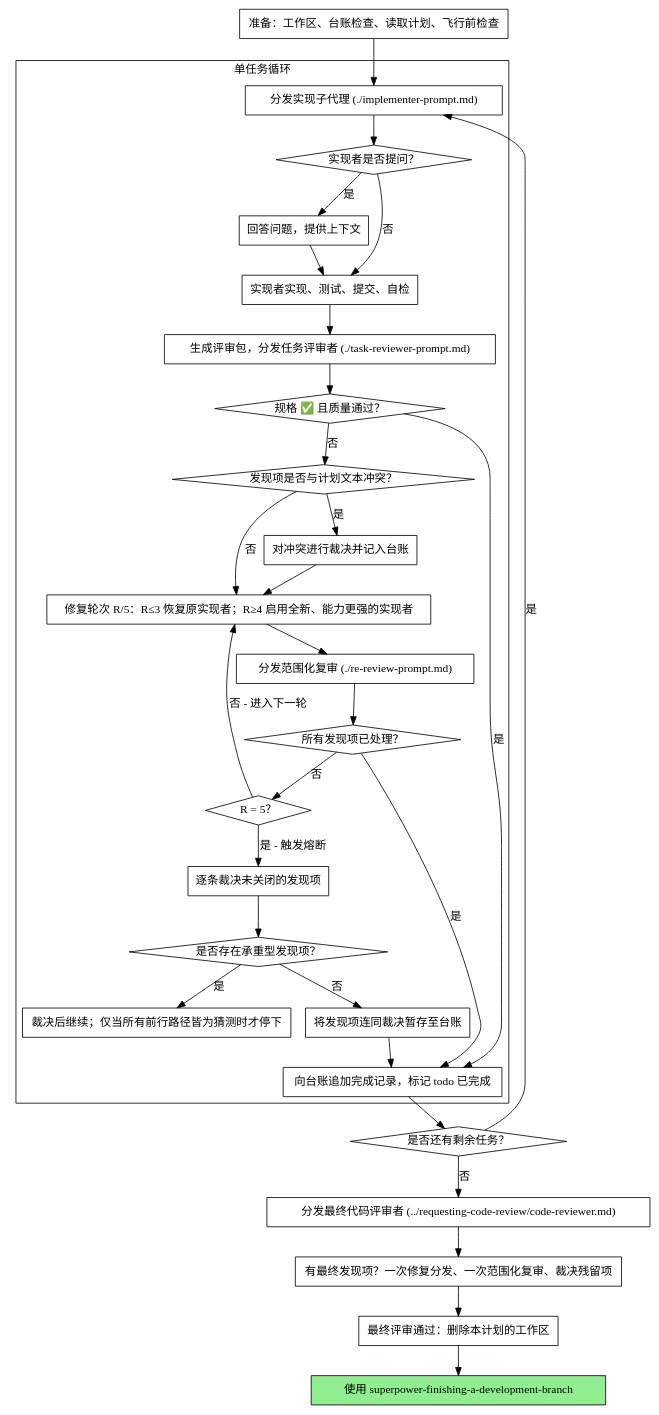
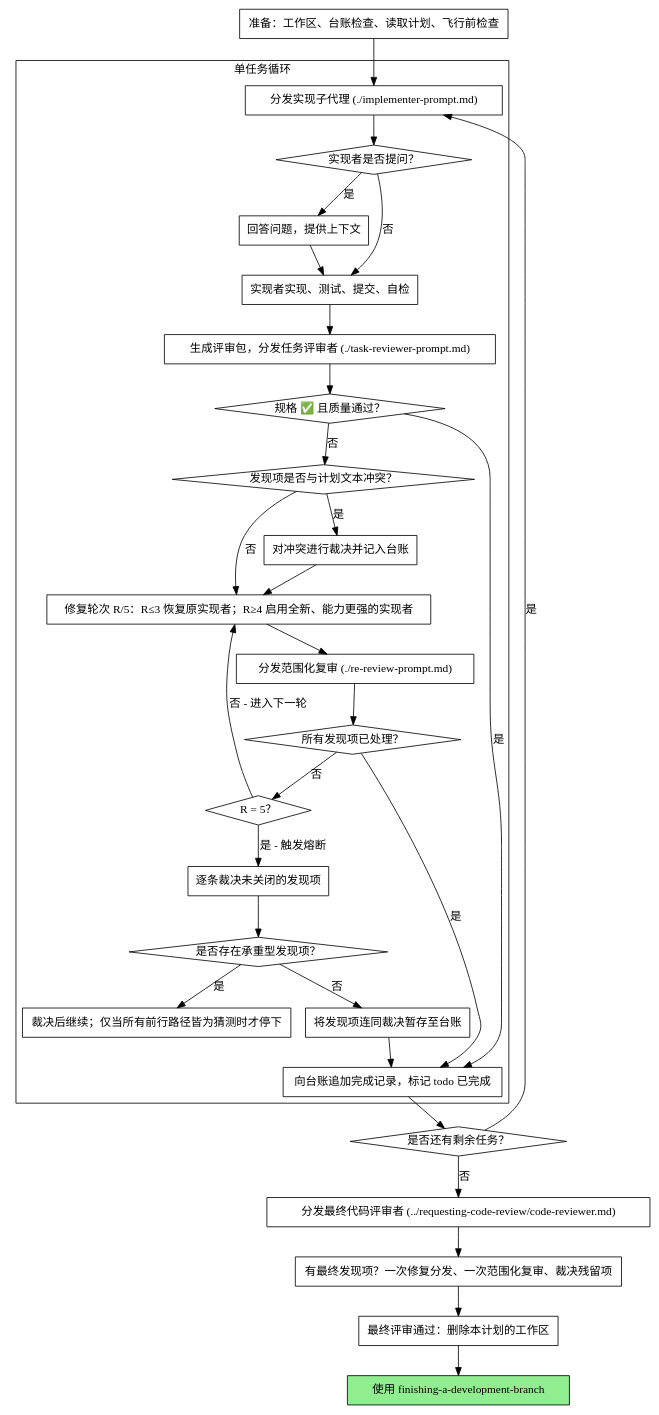
Before and after one commit to Wenaixi/dsh-superpower: the second of 2 diagrams in skills/subagent-driven-development/SKILL.md, drawn with Graphviz. The commit also changed other lines of this file and 54 other files, not shown here.

````diff
--- a/skills/subagent-driven-development/SKILL.md
+++ b/skills/subagent-driven-development/SKILL.md
@@ -50,62 +50,62 @@
 ```dot
 digraph process {
     rankdir=TB;
 
     subgraph cluster_per_task {
         label="单任务循环";
         "分发实现子代理 (./implementer-prompt.md)" [shape=box];
         "实现者是否提问？" [shape=diamond];
         "回答问题，提供上下文" [shape=box];
         "实现者实现、测试、提交、自检" [shape=box];
         "生成评审包，分发任务评审者 (./task-reviewer-prompt.md)" [shape=box];
         "规格 ✅ 且质量通过？" [shape=diamond];
         "发现项是否与计划文本冲突？" [shape=diamond];
         "对冲突进行裁决并记入台账" [shape=box];
         "修复轮次 R/5：R≤3 恢复原实现者；R≥4 启用全新、能力更强的实现者" [shape=box];
         "分发范围化复审 (./re-review-prompt.md)" [shape=box];
         "所有发现项已处理？" [shape=diamond];
         "R = 5？" [shape=diamond];
         "逐条裁决未关闭的发现项" [shape=box];
         "是否存在承重型发现项？" [shape=diamond];
         "裁决后继续；仅当所有前行路径皆为猜测时才停下" [shape=box];
         "将发现项连同裁决暂存至台账" [shape=box];
         "向台账追加完成记录，标记 todo 已完成" [shape=box];
     }
 
     "准备：工作区、台账检查、读取计划、飞行前检查" [shape=box];
     "是否还有剩余任务？" [shape=diamond];
     "分发最终代码评审者 (../requesting-code-review/code-reviewer.md)" [shape=box];
     "有最终发现项？一次修复分发、一次范围化复审、裁决残留项" [shape=box];
     "最终评审通过：删除本计划的工作区" [shape=box];
-    "使用 superpower-finishing-a-development-branch" [shape=box style=filled fillcolor=lightgreen];
+    "使用 finishing-a-development-branch" [shape=box style=filled fillcolor=lightgreen];
 
     "准备：工作区、台账检查、读取计划、飞行前检查" -> "分发实现子代理 (./implementer-prompt.md)";
     "分发实现子代理 (./implementer-prompt.md)" -> "实现者是否提问？";
     "实现者是否提问？" -> "回答问题，提供上下文" [label="是"];
     "回答问题，提供上下文" -> "实现者实现、测试、提交、自检";
     "实现者是否提问？" -> "实现者实现、测试、提交、自检" [label="否"];
     "实现者实现、测试、提交、自检" -> "生成评审包，分发任务评审者 (./task-reviewer-prompt.md)";
     "生成评审包，分发任务评审者 (./task-reviewer-prompt.md)" -> "规格 ✅ 且质量通过？";
     "规格 ✅ 且质量通过？" -> "向台账追加完成记录，标记 todo 已完成" [label="是"];
     "规格 ✅ 且质量通过？" -> "发现项是否与计划文本冲突？" [label="否"];
     "发现项是否与计划文本冲突？" -> "对冲突进行裁决并记入台账" [label="是"];
     "对冲突进行裁决并记入台账" -> "修复轮次 R/5：R≤3 恢复原实现者；R≥4 启用全新、能力更强的实现者";
     "发现项是否与计划文本冲突？" -> "修复轮次 R/5：R≤3 恢复原实现者；R≥4 启用全新、能力更强的实现者" [label="否"];
     "修复轮次 R/5：R≤3 恢复原实现者；R≥4 启用全新、能力更强的实现者" -> "分发范围化复审 (./re-review-prompt.md)";
     "分发范围化复审 (./re-review-prompt.md)" -> "所有发现项已处理？";
     "所有发现项已处理？" -> "向台账追加完成记录，标记 todo 已完成" [label="是"];
     "所有发现项已处理？" -> "R = 5？" [label="否"];
     "R = 5？" -> "修复轮次 R/5：R≤3 恢复原实现者；R≥4 启用全新、能力更强的实现者" [label="否 - 进入下一轮"];
     "R = 5？" -> "逐条裁决未关闭的发现项" [label="是 - 触发熔断"];
     "逐条裁决未关闭的发现项" -> "是否存在承重型发现项？";
     "是否存在承重型发现项？" -> "裁决后继续；仅当所有前行路径皆为猜测时才停下" [label="是"];
     "是否存在承重型发现项？" -> "将发现项连同裁决暂存至台账" [label="否"];
     "将发现项连同裁决暂存至台账" -> "向台账追加完成记录，标记 todo 已完成";
     "向台账追加完成记录，标记 todo 已完成" -> "是否还有剩余任务？";
     "是否还有剩余任务？" -> "分发实现子代理 (./implementer-prompt.md)" [label="是"];
     "是否还有剩余任务？" -> "分发最终代码评审者 (../requesting-code-review/code-reviewer.md)" [label="否"];
     "分发最终代码评审者 (../requesting-code-review/code-reviewer.md)" -> "有最终发现项？一次修复分发、一次范围化复审、裁决残留项";
     "有最终发现项？一次修复分发、一次范围化复审、裁决残留项" -> "最终评审通过：删除本计划的工作区";
-    "最终评审通过：删除本计划的工作区" -> "使用 superpower-finishing-a-development-branch";
+    "最终评审通过：删除本计划的工作区" -> "使用 finishing-a-development-branch";
 }
 ```
````
